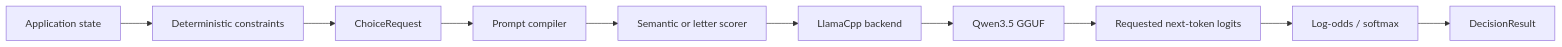
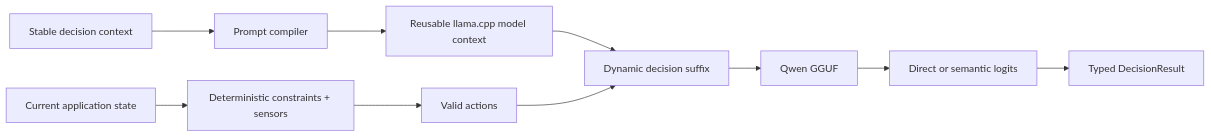
Before and after one commit to daniele21/decisio: the diagram in docs/architecture.md, drawn with Mermaid. The commit also changed other lines of this file, not shown here.

Commit message:
docs(architecture): make stable context the runtime boundary

````diff
--- a/docs/architecture.md
+++ b/docs/architecture.md
@@ -44,12 +48,12 @@
 ```mermaid
 flowchart LR
-    A[Application state] --> B[Deterministic constraints]
-    B --> C[ChoiceRequest]
-    C --> D[Prompt compiler]
-    D --> E[Semantic or letter scorer]
-    E --> F[LlamaCpp backend]
-    F --> G[Qwen3.5 GGUF]
-    G --> H[Requested next-token logits]
-    H --> I[Log-odds / softmax]
-    I --> J[DecisionResult]
+    A[Stable decision context] --> B[Prompt compiler]
+    B --> C[Reusable llama.cpp model context]
+    D[Current application state] --> E[Deterministic constraints + sensors]
+    E --> F[Valid actions]
+    C --> G[Dynamic decision suffix]
+    F --> G
+    G --> H[Qwen GGUF]
+    H --> I[Direct or semantic logits]
+    I --> J[Typed DecisionResult]
 ```
````
